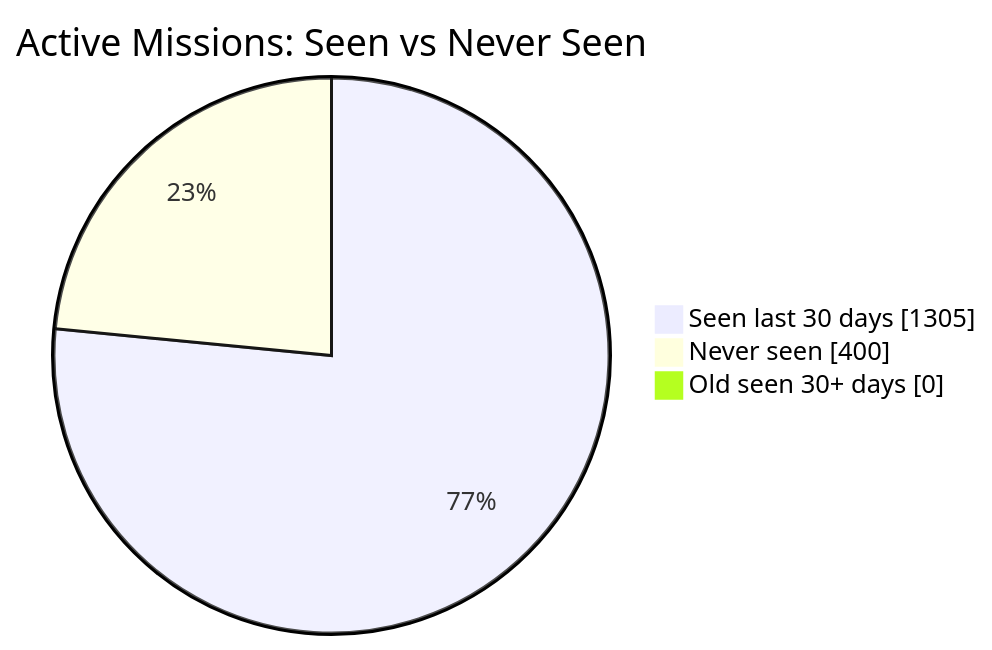
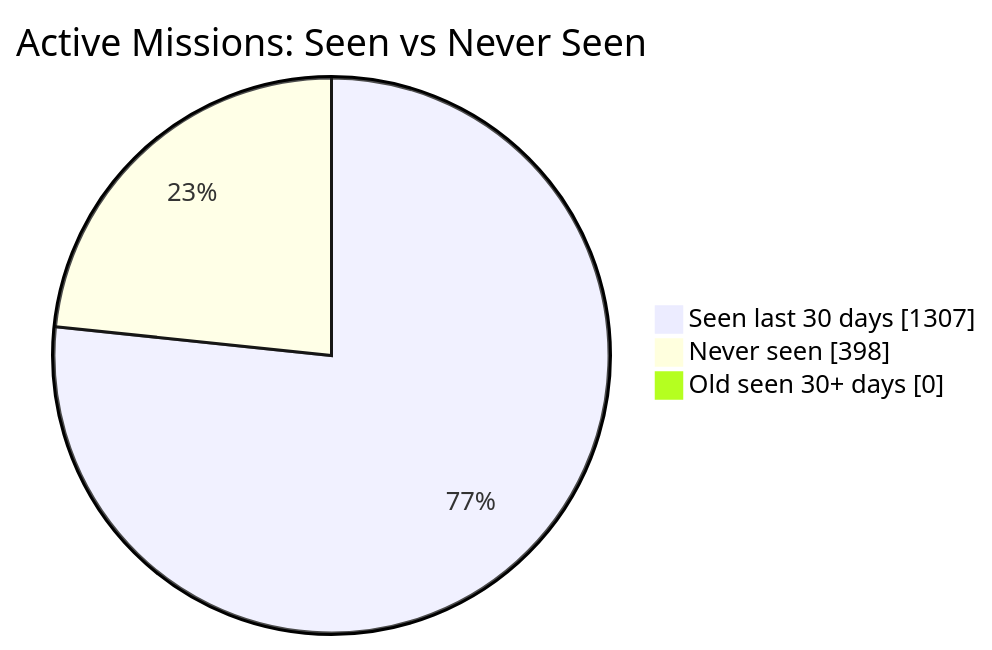
Before and after one commit to MeldkamerspelGameTeam/active-missions: the diagram in README.md, drawn with Mermaid. The commit also changed other lines of this file and 2 other files, not shown here.

````diff
--- a/README.md
+++ b/README.md
@@ -34,7 +34,7 @@
 ```mermaid
 pie showData
     title Active Missions: Seen vs Never Seen
-    "Seen last 30 days" : 1305
-    "Never seen" : 400
+    "Seen last 30 days" : 1307
+    "Never seen" : 398
     "Old seen 30+ days" : 0
 ```
````
